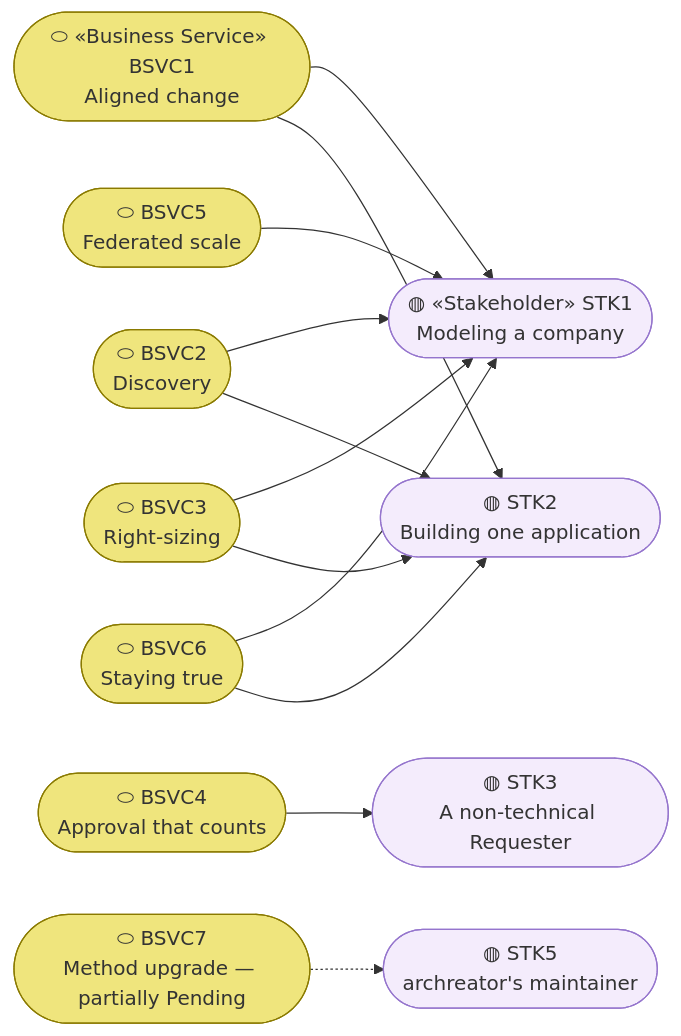
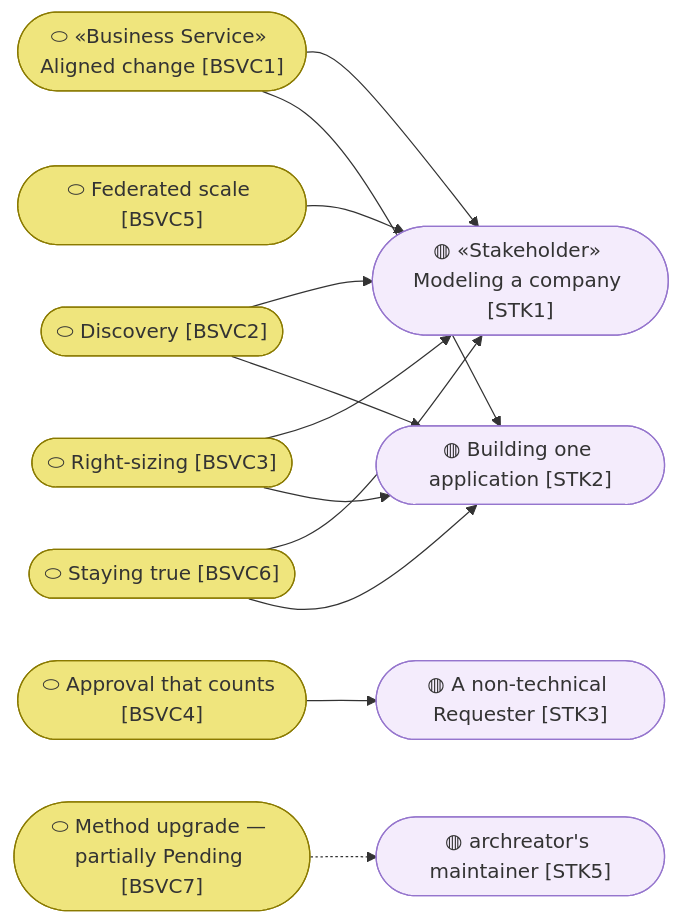
The second of 4 diagrams in product-archreator/architecture/2_business/2_business-services.md (roanboc/architecture-archreator), drawn with Mermaid before and after one commit. The commit also changed other lines of this file and 38 other files, not shown here.

````diff
--- a/product-archreator/architecture/2_business/2_business-services.md
+++ b/product-archreator/architecture/2_business/2_business-services.md
@@ -37,30 +37,30 @@
 ```mermaid
 flowchart LR
-  bsvc1(["⬭ «Business Service» BSVC1<br>Aligned change"]):::service
-  bsvc2(["⬭ BSVC2<br>Discovery"]):::service
-  bsvc3(["⬭ BSVC3<br>Right-sizing"]):::service
-  bsvc4(["⬭ BSVC4<br>Approval that counts"]):::service
-  bsvc5(["⬭ BSVC5<br>Federated scale"]):::service
-  bsvc6(["⬭ BSVC6<br>Staying true"]):::service
-  bsvc7(["⬭ BSVC7<br>Method upgrade — partially Pending"]):::service
+  bsvc1(["⬭ «Business Service» Aligned change [BSVC1]"]):::service
+  bsvc2(["⬭ Discovery [BSVC2]"]):::service
+  bsvc3(["⬭ Right-sizing [BSVC3]"]):::service
+  bsvc4(["⬭ Approval that counts [BSVC4]"]):::service
+  bsvc5(["⬭ Federated scale [BSVC5]"]):::service
+  bsvc6(["⬭ Staying true [BSVC6]"]):::service
+  bsvc7(["⬭ Method upgrade — partially Pending [BSVC7]"]):::service
 
-  stk1(["◍ «Stakeholder» STK1<br>Modeling a company"]):::stakeholder
-  stk2(["◍ STK2<br>Building one application"]):::stakeholder
-  stk3(["◍ STK3<br>A non-technical Requester"]):::stakeholder
-  stk5(["◍ STK5<br>archreator's maintainer"]):::stakeholder
+  stk1(["◍ «Stakeholder» Modeling a company [STK1]"]):::stakeholder
+  stk2(["◍ Building one application [STK2]"]):::stakeholder
+  stk3(["◍ A non-technical Requester [STK3]"]):::stakeholder
+  stk5(["◍ archreator's maintainer [STK5]"]):::stakeholder
 
   bsvc1 --> stk1
   bsvc1 --> stk2
   bsvc2 --> stk1
   bsvc2 --> stk2
   bsvc3 --> stk1
   bsvc3 --> stk2
   bsvc4 --> stk3
   bsvc5 --> stk1
   bsvc6 --> stk1
   bsvc6 --> stk2
   bsvc7 -.-> stk5
 
   classDef service fill:#efe57d,stroke:#8a7a00,color:#333
   classDef stakeholder fill:#f4ecfc,stroke:#9575cd,color:#333
 ```
````
